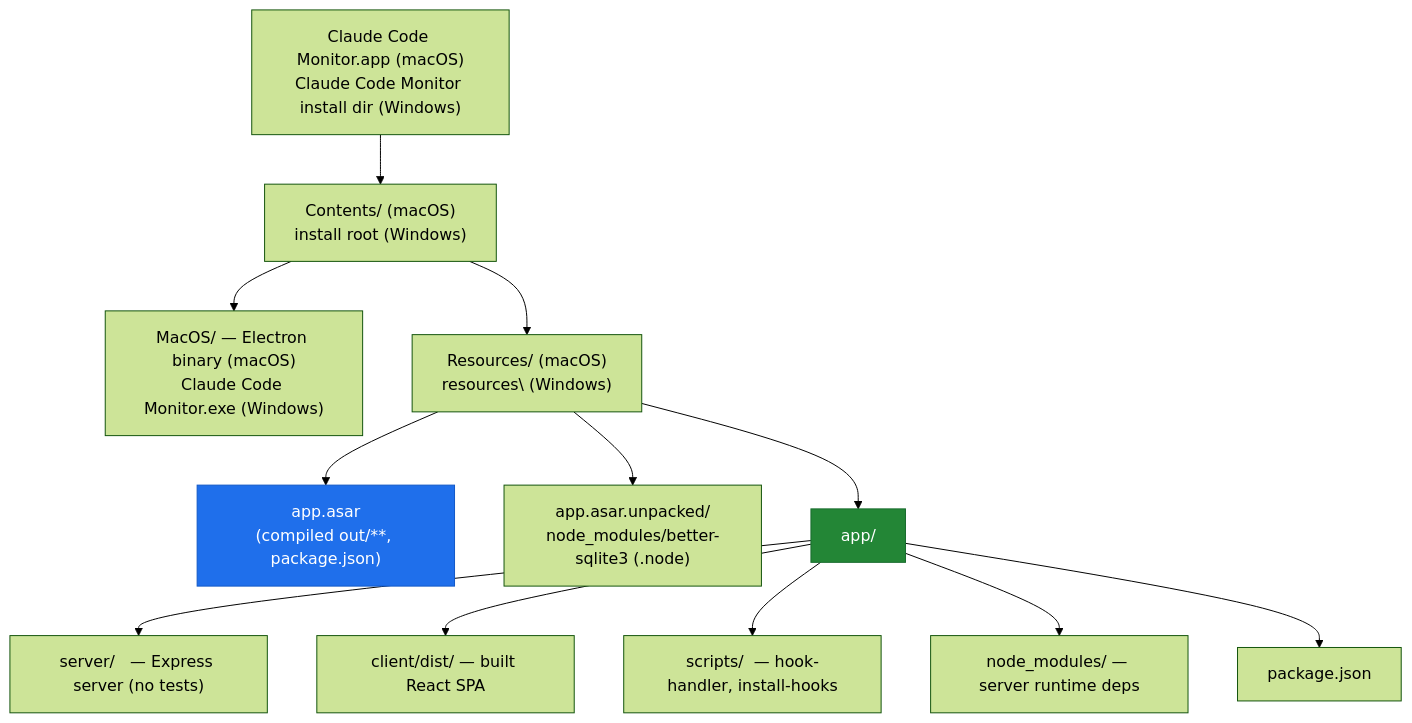
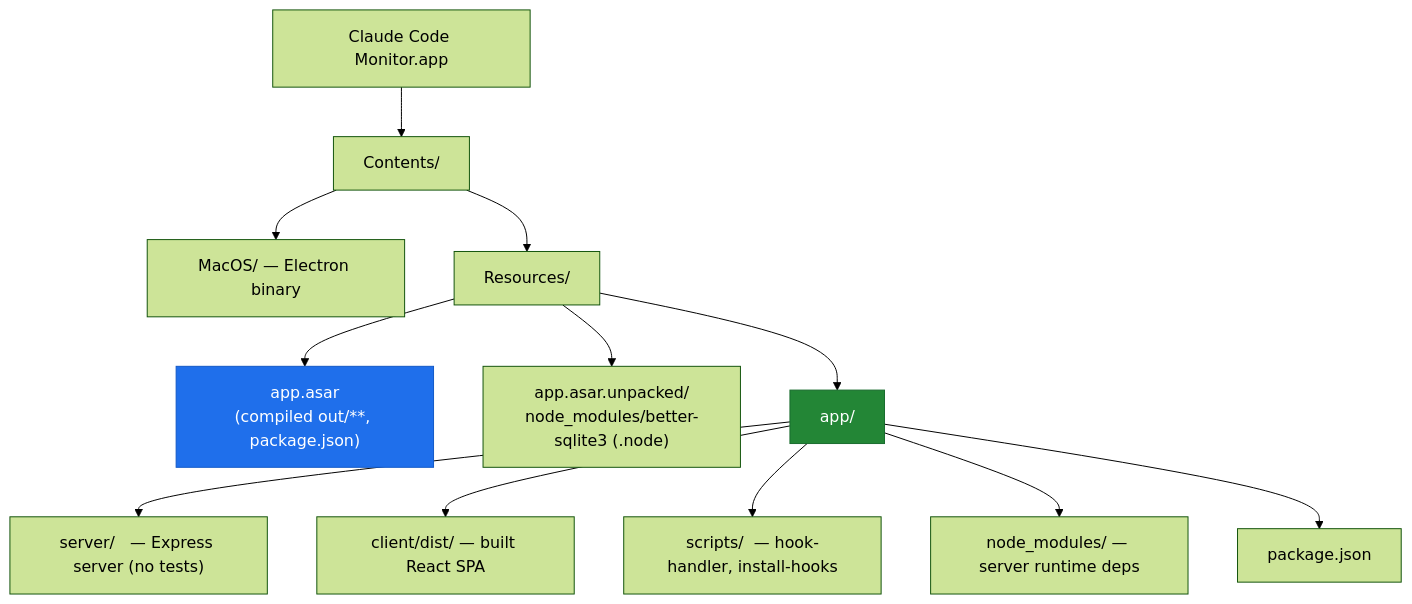
Diagram 37 of 45 in ARCHITECTURE.md (buluma/Code-Agent-Monitor), drawn with Mermaid (forest theme) before and after one commit. The commit also changed other lines of this file and 27 other files, not shown here.

First line of the commit message:
feat(desktop): drop Windows support, macOS-only Electron app (#3)

````diff
--- a/ARCHITECTURE.md
+++ b/ARCHITECTURE.md
@@ -2511,18 +2508,18 @@
 ```mermaid
 flowchart TD
-    appbundle["Claude Code Monitor.app (macOS)<br/>Claude Code Monitor install dir (Windows)"]
-    appbundle --> contents["Contents/ (macOS)<br/>install root (Windows)"]
-    contents --> macos["MacOS/ — Electron binary (macOS)<br/>Claude Code Monitor.exe (Windows)"]
-    contents --> res["Resources/ (macOS)<br/>resources\ (Windows)"]
+    appbundle["Claude Code Monitor.app"]
+    appbundle --> contents["Contents/"]
+    contents --> macos["MacOS/ — Electron binary"]
+    contents --> res["Resources/"]
     res --> asar["app.asar<br/>(compiled out/**, package.json)"]
     res --> unpacked["app.asar.unpacked/<br/>node_modules/better-sqlite3 (.node)"]
     res --> appdir["app/"]
     appdir --> a1["server/   — Express server (no tests)"]
     appdir --> a2["client/dist/ — built React SPA"]
     appdir --> a3["scripts/  — hook-handler, install-hooks"]
     appdir --> a4["node_modules/ — server runtime deps"]
     appdir --> a5["package.json"]
 
     style asar fill:#1f6feb,stroke:#1158c7,color:#fff
     style appdir fill:#238636,stroke:#196c2e,color:#fff
 ```
````
